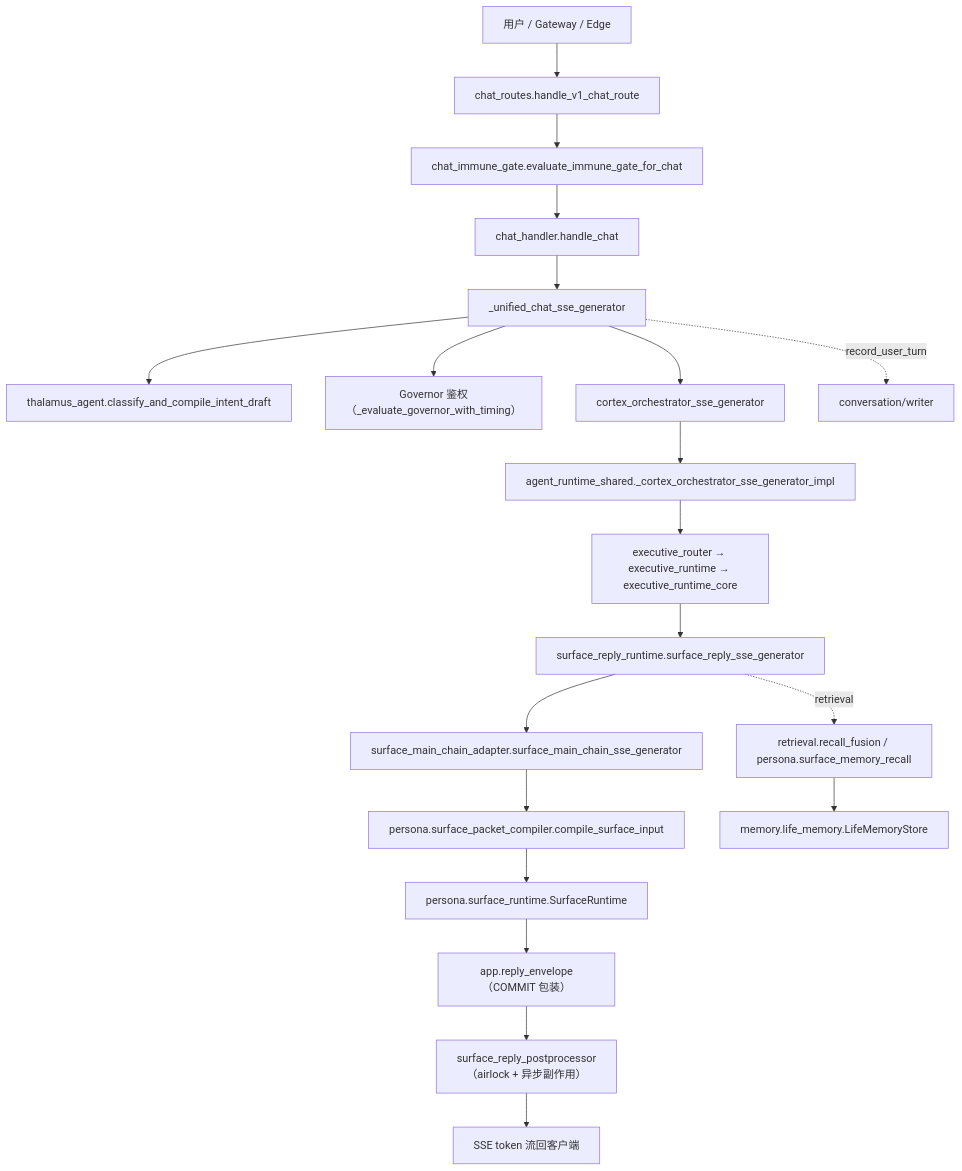
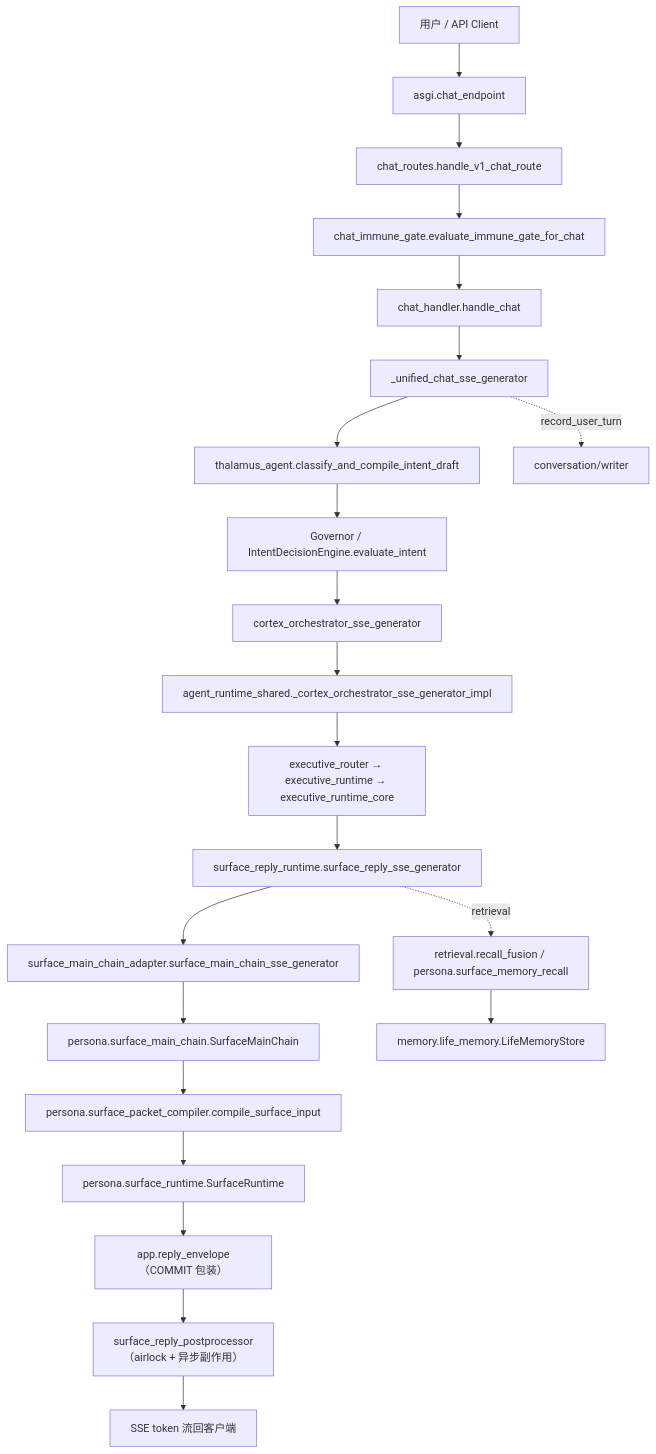
The diagram in docs/50_project/arch/CURRENT_CODE_ARCHITECTURE.md (SakuraYoruno/Natsume_Ai), drawn with Mermaid before and after one commit. The commit also changed other lines of this file and 20 other files, not shown here.

Commit message:
docs: align project architecture docs with current runtime

````diff
--- a/docs/50_project/arch/CURRENT_CODE_ARCHITECTURE.md
+++ b/docs/50_project/arch/CURRENT_CODE_ARCHITECTURE.md
@@ -230,23 +242,25 @@
 ```mermaid
 graph TD
-    U["用户 / Gateway / Edge"] --> CR["chat_routes.handle_v1_chat_route"]
+    U["用户 / API Client"] --> ASGI["asgi.chat_endpoint"]
+    ASGI --> CR["chat_routes.handle_v1_chat_route"]
     CR --> IMG["chat_immune_gate.evaluate_immune_gate_for_chat"]
     IMG --> CH["chat_handler.handle_chat"]
     CH --> SSEU["_unified_chat_sse_generator"]
     SSEU --> THAL["thalamus_agent.classify_and_compile_intent_draft"]
-    SSEU --> GOV["Governor 鉴权（_evaluate_governor_with_timing）"]
-    SSEU --> CO["cortex_orchestrator_sse_generator"]
+    THAL --> GOV["Governor / IntentDecisionEngine.evaluate_intent"]
+    GOV --> CO["cortex_orchestrator_sse_generator"]
     CO --> ARS["agent_runtime_shared._cortex_orchestrator_sse_generator_impl"]
     ARS --> ER["executive_router → executive_runtime → executive_runtime_core"]
     ER --> CAG["surface_reply_runtime.surface_reply_sse_generator"]
     CAG --> SMC["surface_main_chain_adapter.surface_main_chain_sse_generator"]
-    SMC --> COMP["persona.surface_packet_compiler.compile_surface_input"]
+    SMC --> PSMC["persona.surface_main_chain.SurfaceMainChain"]
+    PSMC --> COMP["persona.surface_packet_compiler.compile_surface_input"]
     COMP --> RUN["persona.surface_runtime.SurfaceRuntime"]
     RUN --> ENV["app.reply_envelope（COMMIT 包装）"]
     ENV --> POST["surface_reply_postprocessor（airlock + 异步副作用）"]
     POST --> OUT["SSE token 流回客户端"]
 
     SSEU -. record_user_turn .-> CONV["conversation/writer"]
     CAG -. retrieval .-> RF["retrieval.recall_fusion / persona.surface_memory_recall"]
     RF --> LM["memory.life_memory.LifeMemoryStore"]
 ```
````
